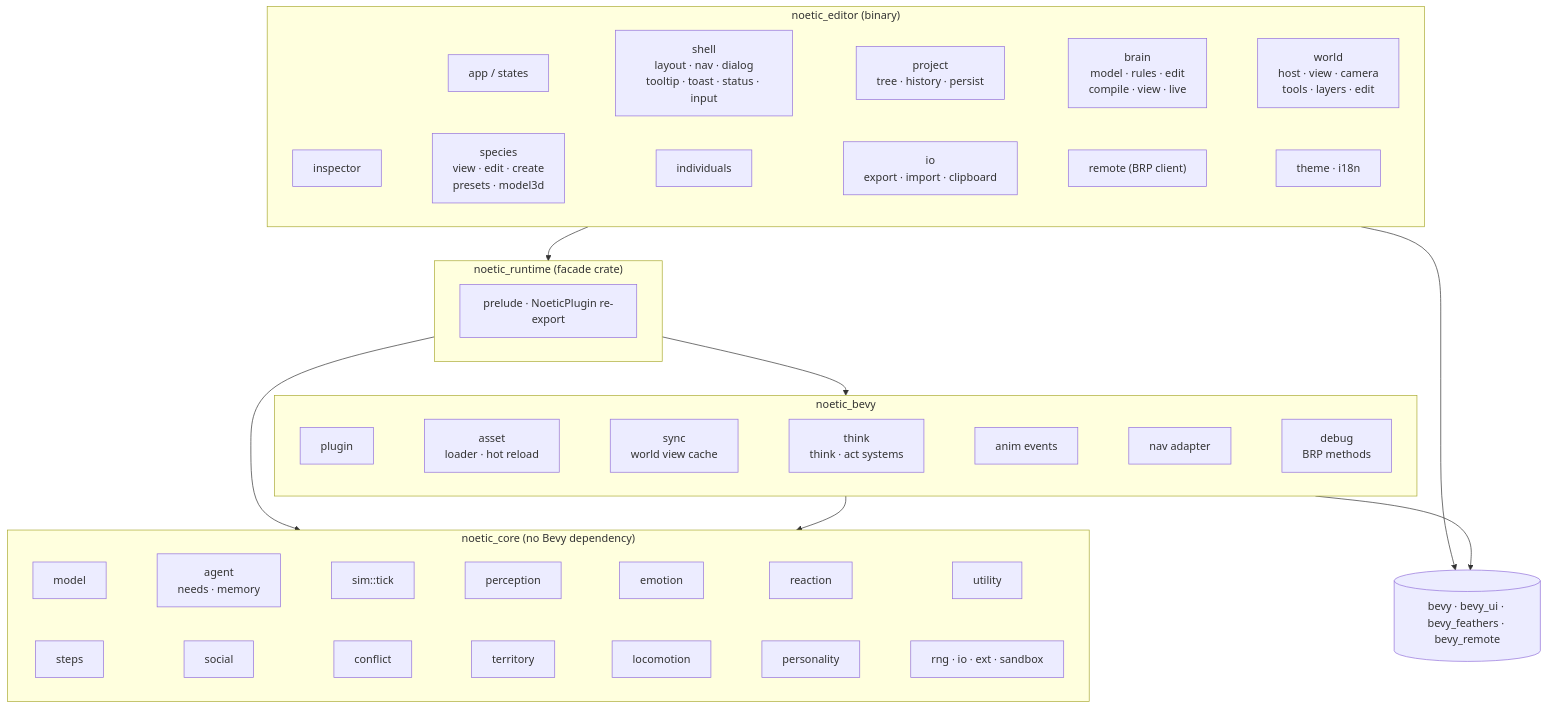
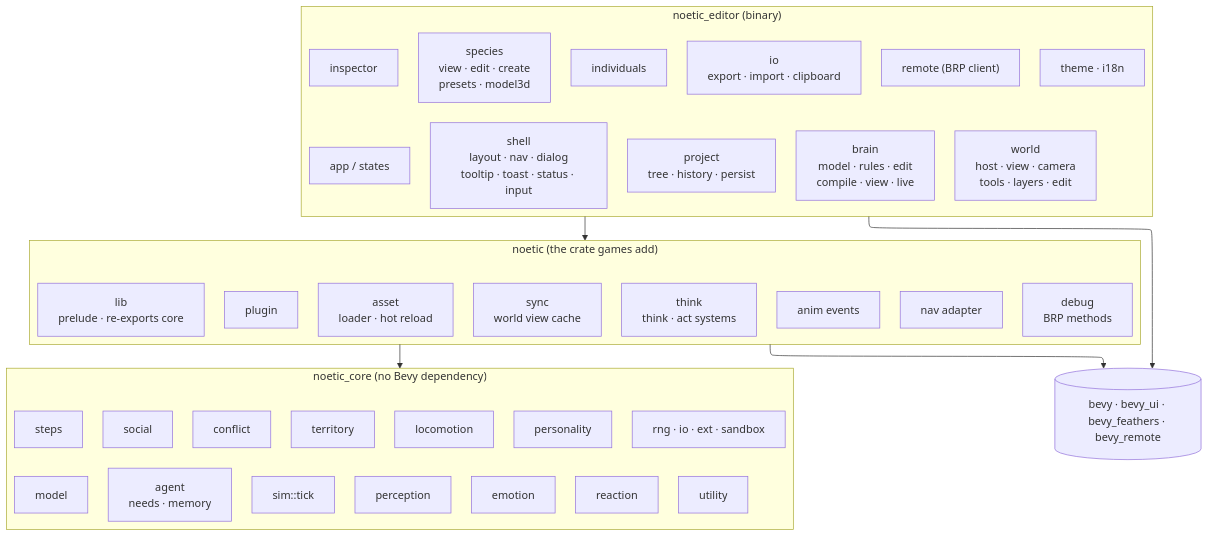
Before and after one commit to Heryk13/noetic: the diagram in docs/diagrams/modules.mmd, drawn with Mermaid. The commit also changed 19 other files, not shown here.

First line of the commit message:
refactor: merge noetic_bevy and noetic_runtime into noetic

```diff
--- a/docs/diagrams/modules.mmd
+++ b/docs/diagrams/modules.mmd
@@ -1,26 +1,24 @@
+---
+config:
+  layout: elk
+---
 flowchart TB
   subgraph EDITOR["noetic_editor (binary)"]
     direction LR
     E1["app / states"] ~~~ E2["shell<br/>layout · nav · dialog<br/>tooltip · toast · status · input"] ~~~ E3["project<br/>tree · history · persist"] ~~~ E4["brain<br/>model · rules · edit<br/>compile · view · live"] ~~~ E5["world<br/>host · view · camera<br/>tools · layers · edit"]
     E6["inspector"] ~~~ E7["species<br/>view · edit · create<br/>presets · model3d"] ~~~ E8["individuals"] ~~~ E9["io<br/>export · import · clipboard"] ~~~ E10["remote (BRP client)"] ~~~ E11["theme · i18n"]
   end
-  subgraph RUNTIME["noetic_runtime (facade crate)"]
+  subgraph NOETIC["noetic (the crate games add)"]
     direction LR
-    R1["prelude · NoeticPlugin re-export"]
-  end
-  subgraph BEVY["noetic_bevy"]
-    direction LR
-    B1["plugin"] ~~~ B2["asset<br/>loader · hot reload"] ~~~ B3["sync<br/>world view cache"] ~~~ B4["think<br/>think · act systems"] ~~~ B5["anim events"] ~~~ B6["nav adapter"] ~~~ B7["debug<br/>BRP methods"]
+    B0["lib<br/>prelude · re-exports core"] ~~~ B1["plugin"] ~~~ B2["asset<br/>loader · hot reload"] ~~~ B3["sync<br/>world view cache"] ~~~ B4["think<br/>think · act systems"] ~~~ B5["anim events"] ~~~ B6["nav adapter"] ~~~ B7["debug<br/>BRP methods"]
   end
   subgraph CORE["noetic_core (no Bevy dependency)"]
     direction LR
     C1["model"] ~~~ C2["agent<br/>needs · memory"] ~~~ C3["sim::tick"] ~~~ C4["perception"] ~~~ C5["emotion"] ~~~ C6["reaction"] ~~~ C7["utility"]
     C8["steps"] ~~~ C9["social"] ~~~ C10["conflict"] ~~~ C11["territory"] ~~~ C12["locomotion"] ~~~ C13["personality"] ~~~ C14["rng · io · ext · sandbox"]
   end
   FEATHERS[("bevy · bevy_ui · bevy_feathers · bevy_remote")]
-  EDITOR --> RUNTIME
   EDITOR --> FEATHERS
-  RUNTIME --> BEVY
-  RUNTIME --> CORE
-  BEVY --> CORE
-  BEVY --> FEATHERS
+  NOETIC --> FEATHERS
+  EDITOR --> NOETIC
+  NOETIC --> CORE
```
